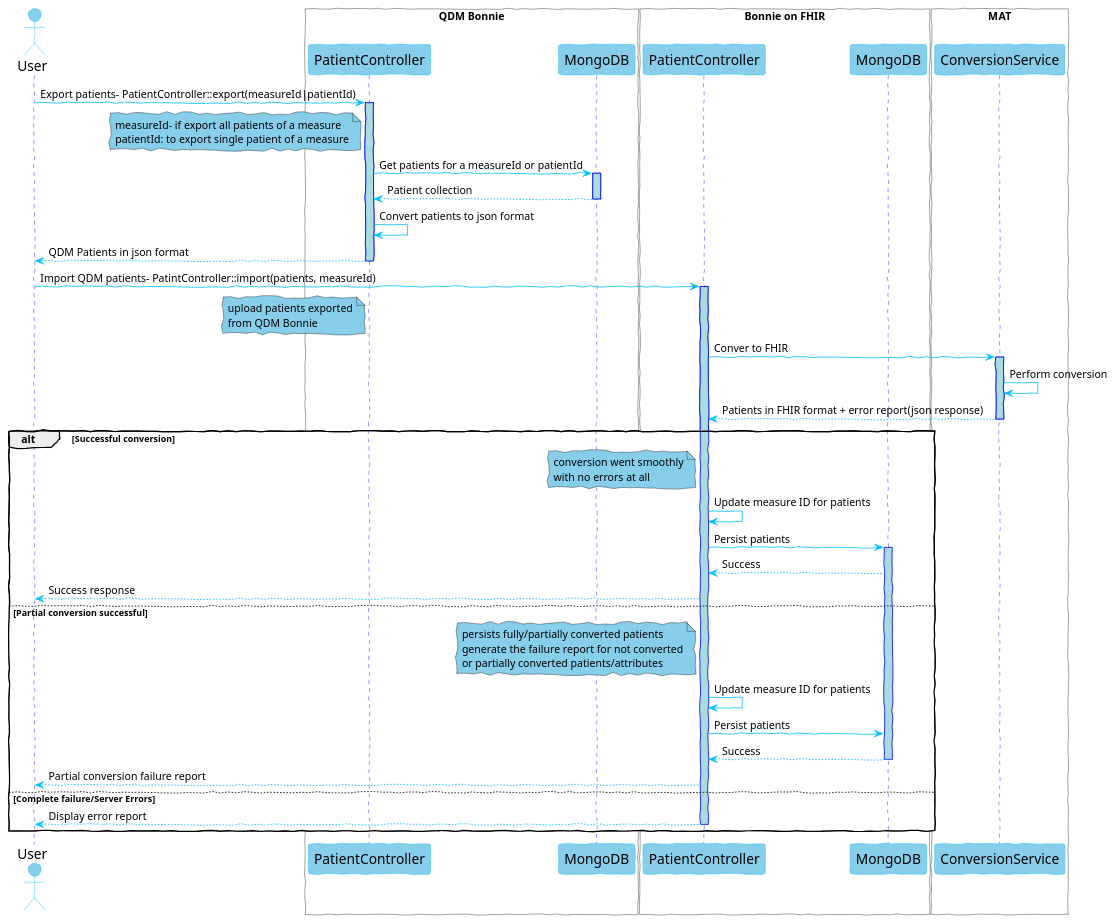
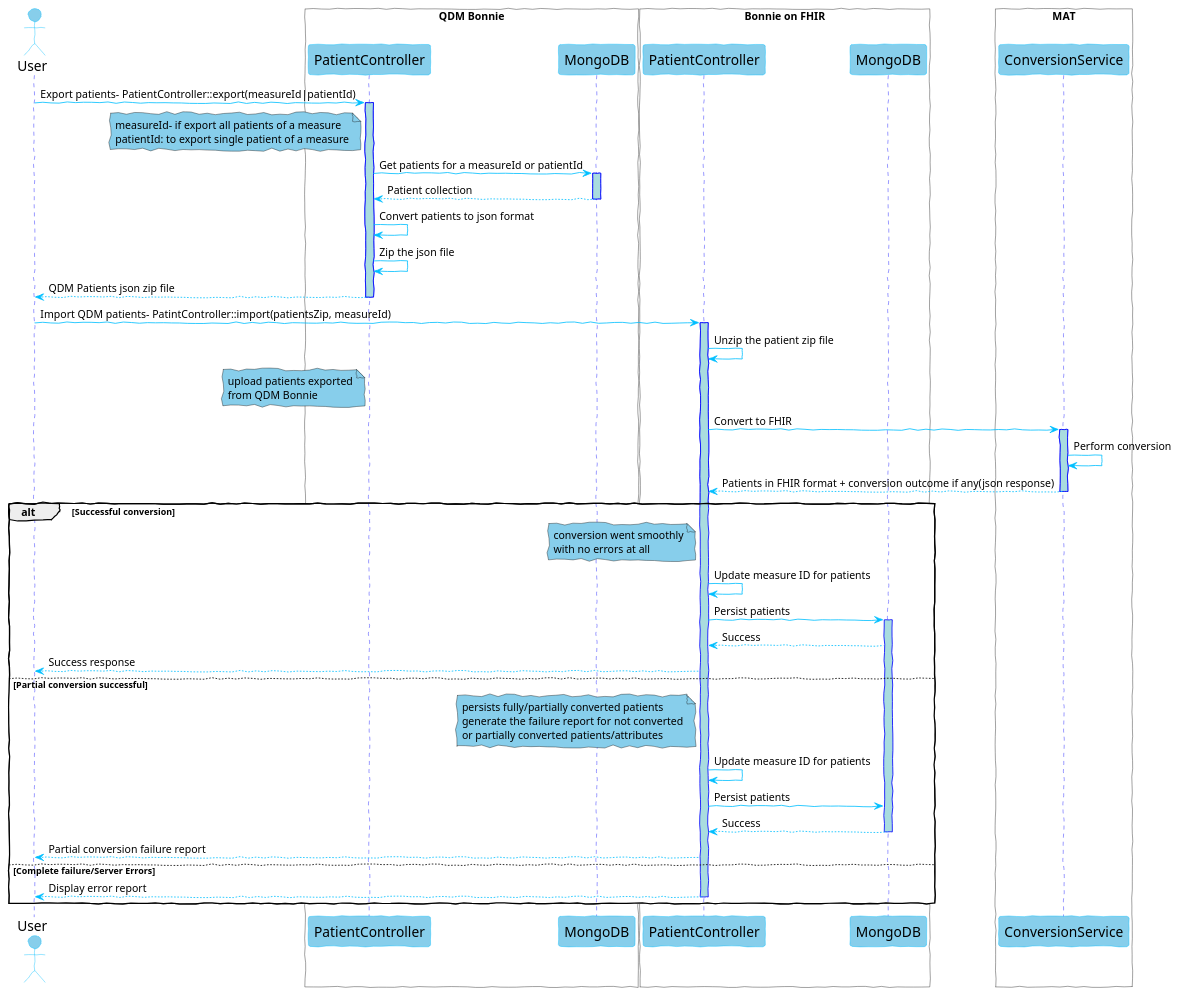
The diagram in uml/patient_conversion_seq_diagram.puml (MeasureAuthoringTool/bonnie), drawn with PlantUML before and after one commit.

Commit message:
MAT-1965 patient conversion service contract

```diff
--- a/uml/patient_conversion_seq_diagram.puml
+++ b/uml/patient_conversion_seq_diagram.puml
@@ -1,95 +1,98 @@
 @startuml
 skinparam handwritten true
 skinparam sequence {
 ArrowColor DeepSkyBlue
 ActorBorderColor DeepSkyBlue
 LifeLineBorderColor blue
 LifeLineBackgroundColor #A9DCDF
 
 ParticipantBorderColor DeepSkyBlue
 ParticipantBackgroundColor skyblue
 ParticipantFontName Impact
 ParticipantFontSize 17
 ParticipantFontColor #000
 
 ActorBackgroundColor skyblue
 ActorFontColor #000
 ActorFontSize 17
 ActorFontName Aapex
 }
 
 actor User
 box "QDM Bonnie" #FFF
 participant "PatientController" as A
 participant "MongoDB" as B
 end box
 
 box "Bonnie on FHIR" #FFF
 participant "PatientController" as C
 participant "MongoDB" as D
 end box
 
 box "MAT" #FFF
 participant "ConversionService" as E
 end box
 
 User -> A: Export patients- PatientController::export(measureId|patientId)
 activate A
 note left of A #skyblue
 measureId- if export all patients of a measure
 patientId: to export single patient of a measure
 end note
 
 A -> B: Get patients for a measureId or patientId
 activate B
 
 B --> A: Patient collection
 deactivate B
 
 A -> A : Convert patients to json format
 
-A --> User: QDM Patients in json format
+A -> A : Zip the json file
+
+A --> User: QDM Patients json zip file
 deactivate A
 
-User -> C : Import QDM patients- PatintController::import(patients, measureId)
+User -> C : Import QDM patients- PatintController::import(patientsZip, measureId)
 activate C
+C -> C: Unzip the patient zip file
 note left of A #skyblue
 upload patients exported
 from QDM Bonnie
 end note
 
-C -> E : Conver to FHIR
+C -> E : Convert to FHIR
 activate E
 
 E -> E: Perform conversion
-E --> C: Patients in FHIR format + error report(json response)
+E --> C: Patients in FHIR format + conversion outcome if any(json response)
 deactivate E
 
 alt #FFF Successful conversion
   note left of C #skyblue
     conversion went smoothly
     with no errors at all
   end note
   C -> C: Update measure ID for patients
   C -> D: Persist patients
   Activate D
 
   D --> C: Success
   C --> User : Success response
 else Partial conversion successful
   note left of C #skyblue
     persists fully/partially converted patients
     generate the failure report for not converted
     or partially converted patients/attributes
   end note
   C -> C: Update measure ID for patients
   C -> D: Persist patients
 
   D --> C: Success
   deactivate D
   C --> User: Partial conversion failure report
 else Complete failure/Server Errors
   C --> User: Display error report
   deactivate C
 end
 @enduml
```
